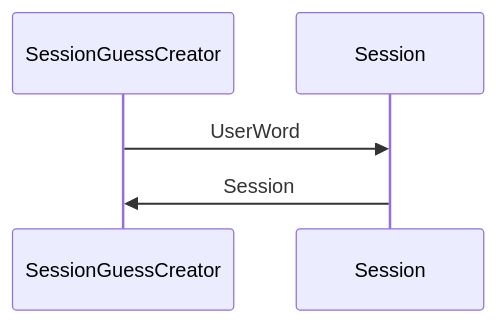
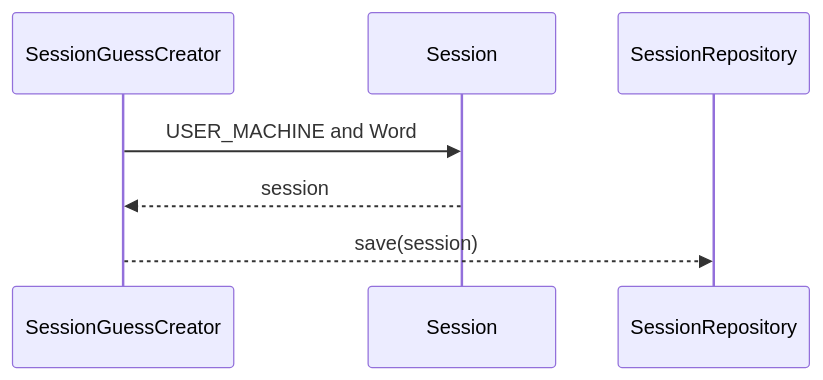
The diagram in docs/services/application/session-guess-creator.md (ezevillafae/hangman), drawn with Mermaid before and after one commit. The commit also changed other lines of this file and 2 other files, not shown here.

`````diff
--- a/docs/services/application/session-guess-creator.md
+++ b/docs/services/application/session-guess-creator.md
@@ -9,7 +11,9 @@
 ````mermaid
 sequenceDiagram
     participant SessionGuessCreator
     participant Session
-    SessionGuessCreator ->> Session:UserWord
-    Session ->> SessionGuessCreator:Session
+    participant SessionRepository
+    SessionGuessCreator ->> Session: USER_MACHINE and Word
+    Session -->> SessionGuessCreator: session
+    SessionGuessCreator -->> SessionRepository: save(session)
 ````
`````
